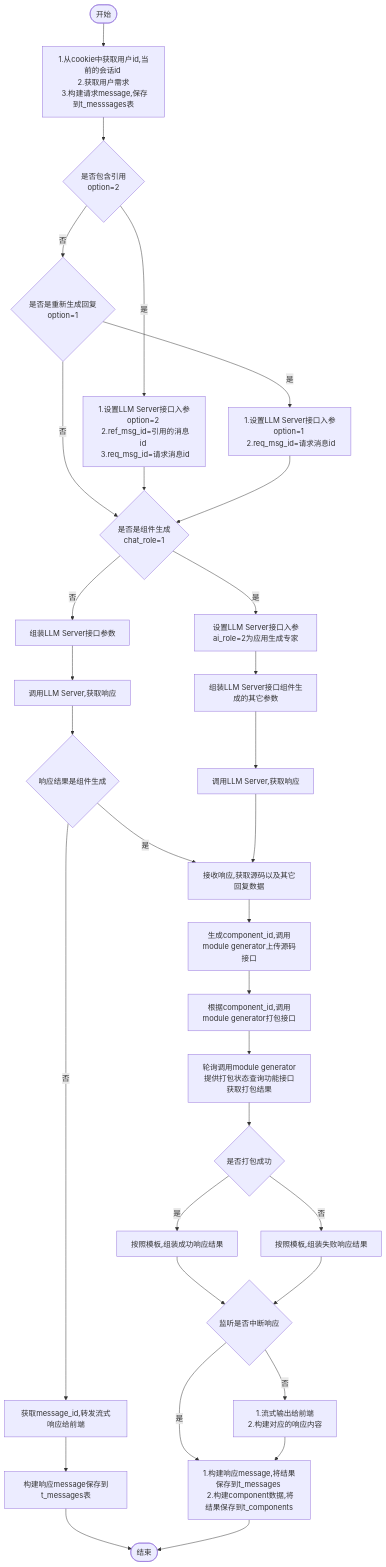
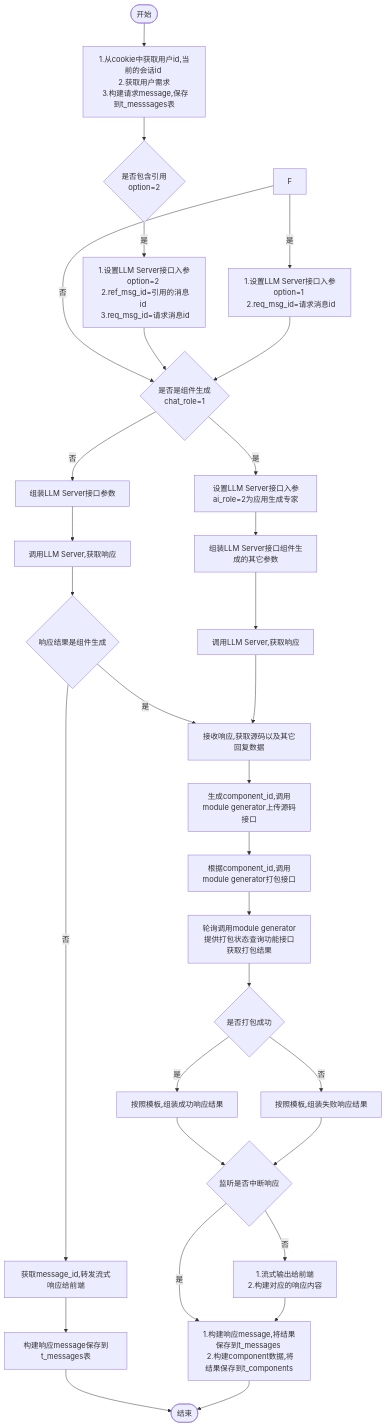
One commit to yingjianzh/iodraw-files changed the diagram in all/未命名-8.md. Above: the diagram before and after it, drawn with Mermaid.

Commit message:
2024-10-16 09:21:24 update

````diff
--- a/all/未命名-8.md
+++ b/all/未命名-8.md
@@ -1,39 +1,38 @@
 ```mermaid
 flowchart TD
     A([开始]) --> B[1.从cookie中获取用户id,当前的会话id \n 2.获取用户需求 \n 3.构建请求message,保存到t_messsages表]
     B--> D{是否包含引用 \n option=2}
     D -- 是 --> E[1.设置LLM Server接口入参option=2 \n 2.ref_msg_id=引用的消息id \n 3.req_msg_id=请求消息id]
-    D -- 否 --> F{是否是重新生成回复\n option=1}
+    
     F -- 是 --> G[1.设置LLM Server接口入参option=1 \n 2.req_msg_id=请求消息id]
     F -- 否 --> I
      
     E & G --> I{是否是组件生成 \n chat_role=1}
     I -- 否 --> M[组装LLM Server接口参数] 
     I -- 是 --> J[设置LLM Server接口入参ai_role=2为应用生成专家]
     
 
     J --> L[组装LLM Server接口组件生成的其它参数]    
     M --> N[调用LLM Server,获取响应]
     N --> H{响应结果是组件生成}   
     H -- 是 --> T 
     H -- 否 --> O[获取message_id,转发流式响应给前端]
-
     O --> P[构建响应message保存到t_messages表]
     P --> R([结束])
 
 
     L --> S[调用LLM Server,获取响应]
     S --> T[接收响应,获取源码以及其它回复数据]
     T --> U[生成component_id,调用module generator上传源码接口]
     U --> V[根据component_id,调用module generator打包接口]
     V --> W[轮询调用module generator提供打包状态查询功能接口获取打包结果]
     W --> X{是否打包成功}
     X -- 是 --> Y[按照模板,组装成功响应结果]
     X -- 否 --> Z[按照模板,组装失败响应结果]
     Y & Z --> Done{监听是否中断响应}
     Done -- 是 --> Result
     Done -- 否 --> OutPut[1.流式输出给前端 \n 2.构建对应的响应内容]
 
     OutPut --> Result[1.构建响应message,将结果保存到t_messages \n 2.构建component数据,将结果保存到t_components]
     Result --> R
 ```
````
